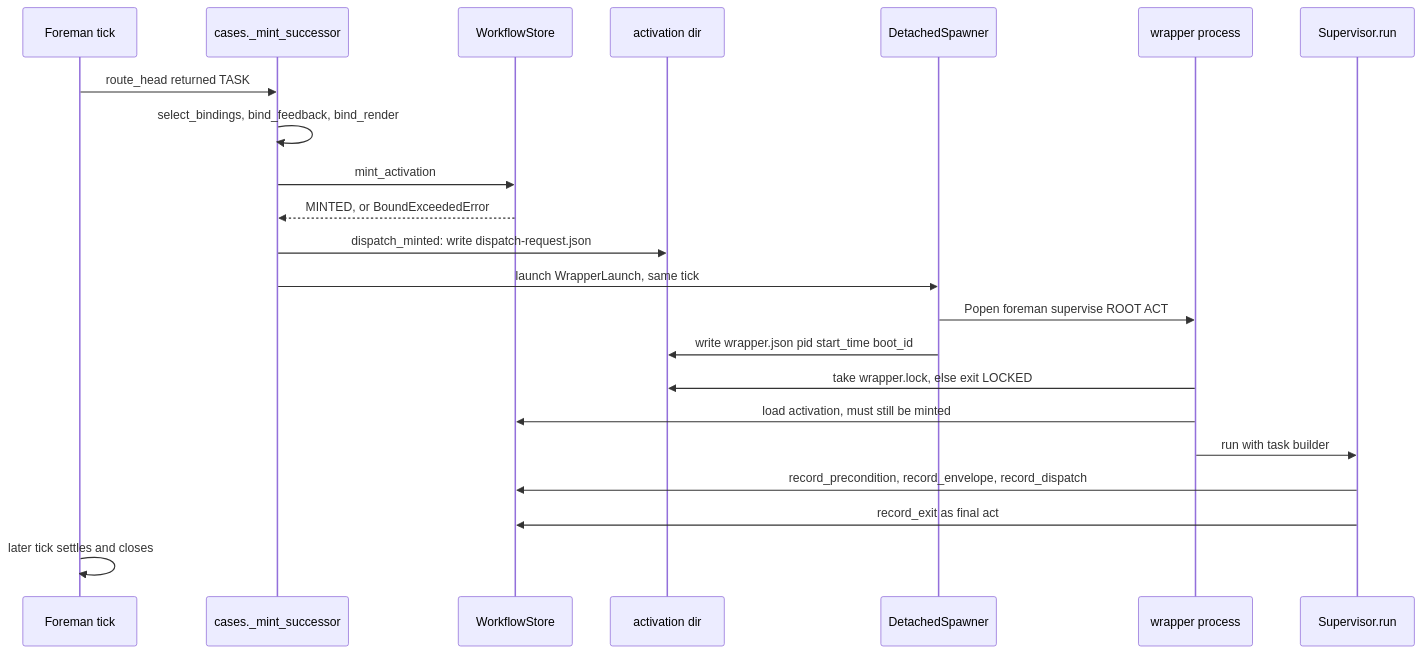
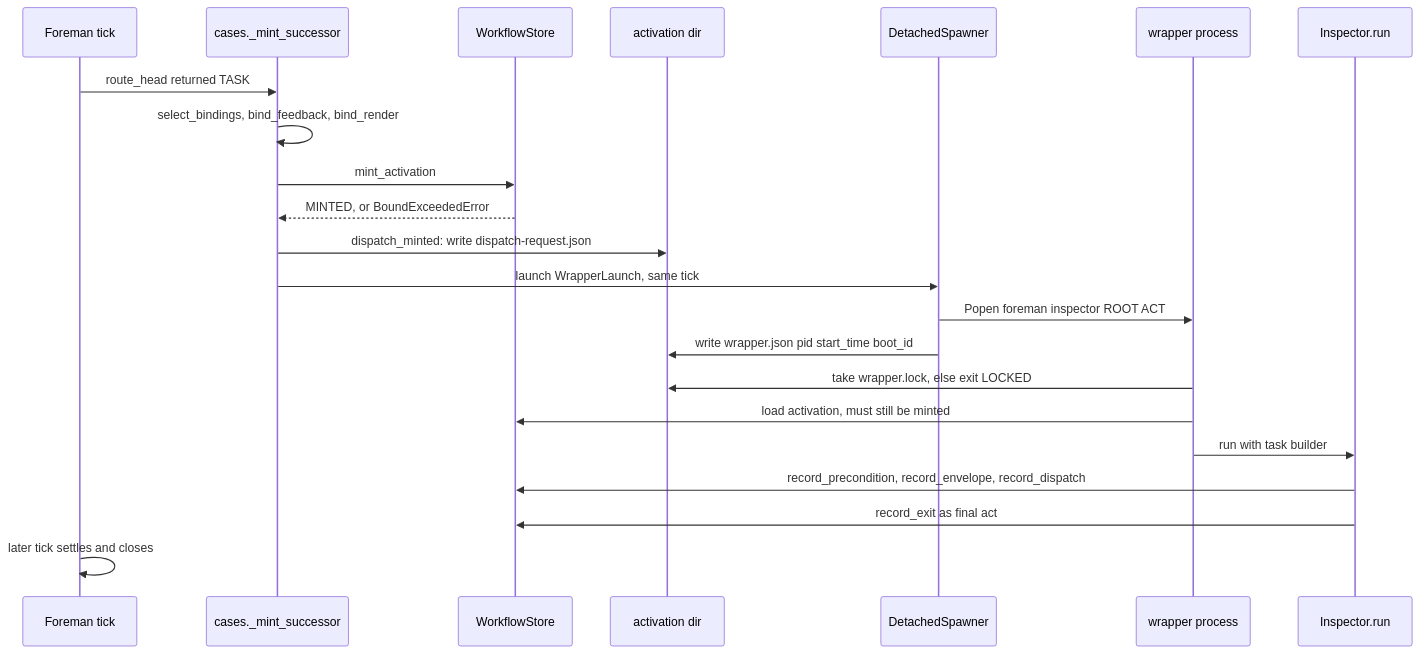
Before and after one commit to MVPavan/coding-ritual: diagram 25 of 46 in docs/workflow-interpreter-guide/diagrams.md, drawn with Mermaid. The commit also changed other lines of this file and 361 other files, not shown here.

````diff
--- a/docs/workflow-interpreter-guide/diagrams.md
+++ b/docs/workflow-interpreter-guide/diagrams.md
@@ -1105,24 +1105,24 @@
 ```mermaid
 sequenceDiagram
   participant T as Foreman tick
   participant C as cases._mint_successor
   participant S as WorkflowStore
   participant FS as activation dir
   participant SP as DetachedSpawner
   participant W as wrapper process
-  participant SU as Supervisor.run
+  participant SU as Inspector.run
   T->>C: route_head returned TASK
   C->>C: select_bindings, bind_feedback, bind_render
   C->>S: mint_activation
   S-->>C: MINTED, or BoundExceededError
   C->>FS: dispatch_minted: write dispatch-request.json
   C->>SP: launch WrapperLaunch, same tick
-  SP->>W: Popen foreman supervise ROOT ACT
+  SP->>W: Popen foreman inspector ROOT ACT
   SP->>FS: write wrapper.json pid start_time boot_id
   W->>FS: take wrapper.lock, else exit LOCKED
   W->>S: load activation, must still be minted
   W->>SU: run with task builder
   SU->>S: record_precondition, record_envelope, record_dispatch
   SU->>S: record_exit as final act
   T->>T: later tick settles and closes
 ```
````
